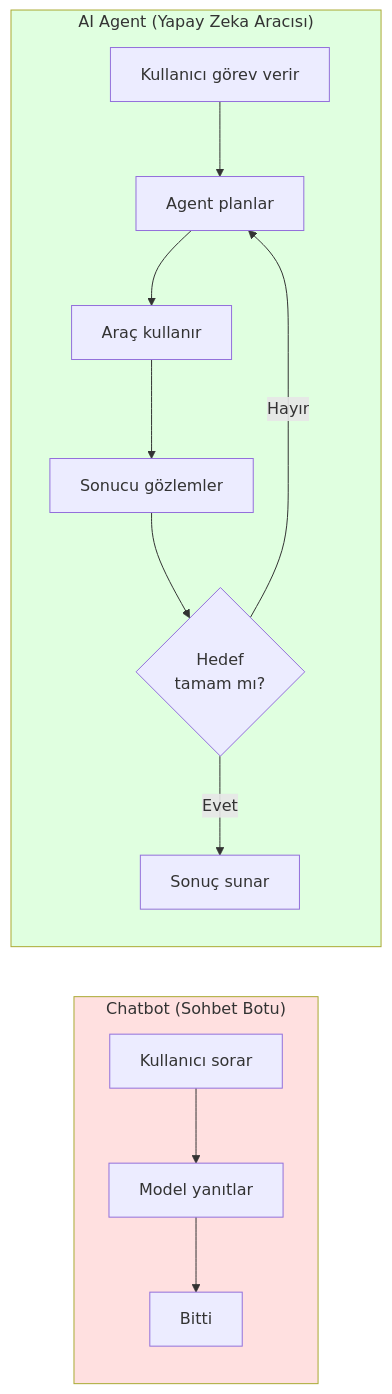
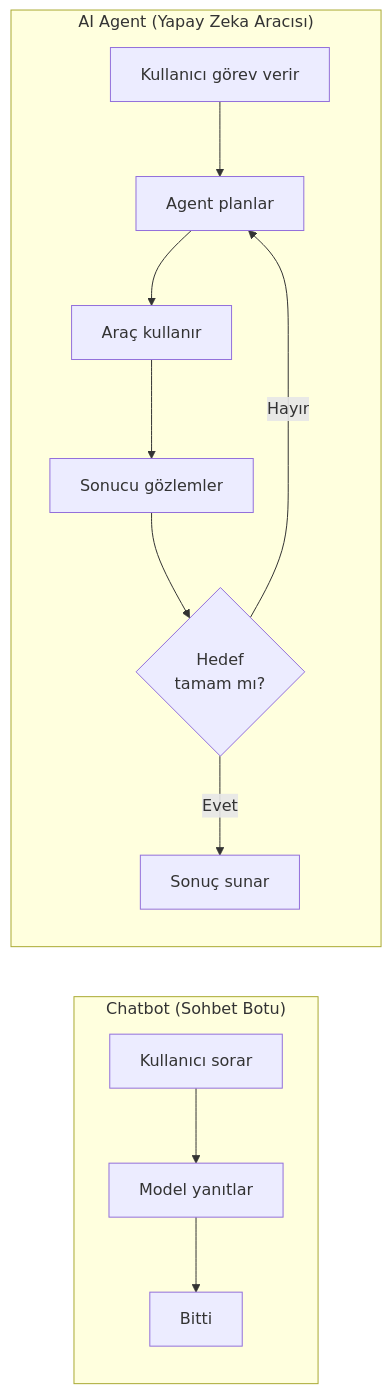
Before and after one commit to IzzetYasinAtes/ClaudeCodeHandbook: the first of 9 diagrams in 04-ai-destekli-gelistirme/02-ai-agent-ve-agentic-workflow.md, drawn with Mermaid. The commit also changed other lines of this file and 97 other files, not shown here.

Commit message:
Remove all custom Mermaid style/fill colors from 98 markdown files for consistent dark theme rendering

````diff
--- a/04-ai-destekli-gelistirme/02-ai-agent-ve-agentic-workflow.md
+++ b/04-ai-destekli-gelistirme/02-ai-agent-ve-agentic-workflow.md
@@ -20,21 +20,19 @@
 ```mermaid
 flowchart LR
     subgraph chatbot ["Chatbot (Sohbet Botu)"]
         direction TB
         C1["Kullanıcı sorar"] --> C2["Model yanıtlar"]
         C2 --> C3["Bitti"]
     end
 
     subgraph agent ["AI Agent (Yapay Zeka Aracısı)"]
         direction TB
         A1["Kullanıcı görev verir"] --> A2["Agent planlar"]
         A2 --> A3["Araç kullanır"]
         A3 --> A4["Sonucu gözlemler"]
         A4 --> A5{"Hedef<br/>tamam mı?"}
         A5 -->|"Hayır"| A2
         A5 -->|"Evet"| A6["Sonuç sunar"]
     end
 
-    style chatbot fill:#ffe0e0
-    style agent fill:#e0ffe0
 ```
````
